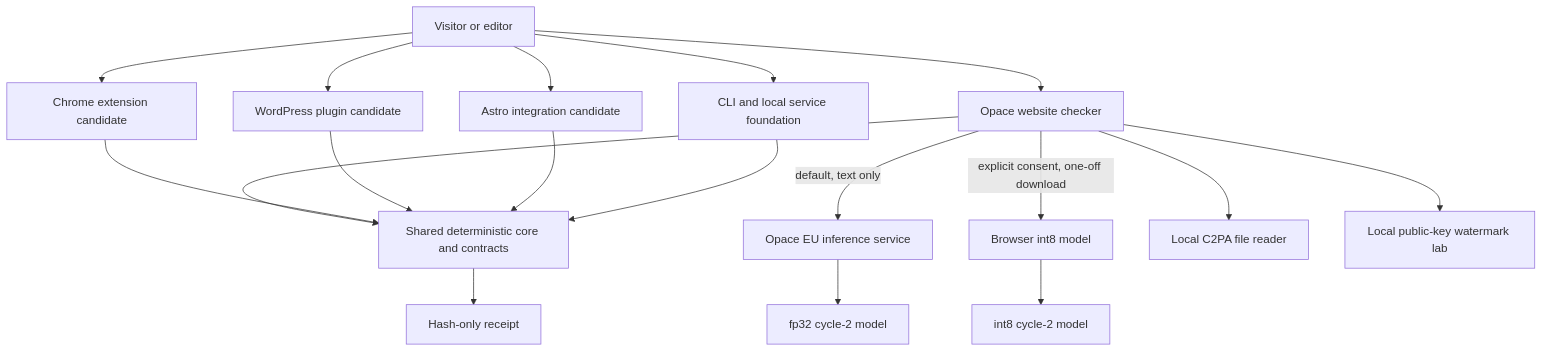
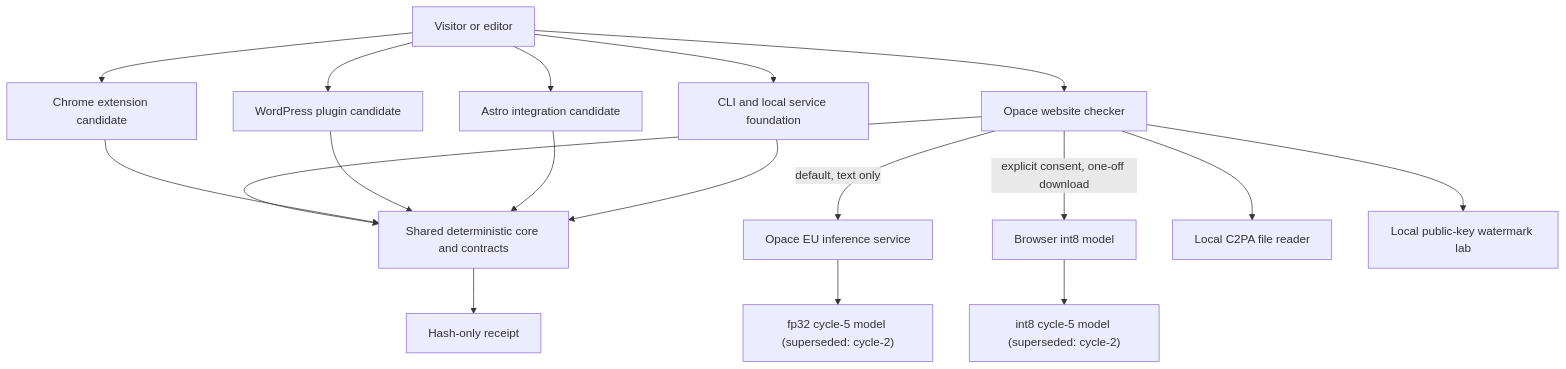
The second of 6 diagrams in docs/AI-CONTENT-INTEGRITY-TECHNICAL-ARCHITECTURE.md (OpaceDigitalAgency/opace-ai-content-checker-detector), drawn with Mermaid before and after one commit. The commit also changed other lines of this file and 67 other files, not shown here.

````diff
--- a/docs/AI-CONTENT-INTEGRITY-TECHNICAL-ARCHITECTURE.md
+++ b/docs/AI-CONTENT-INTEGRITY-TECHNICAL-ARCHITECTURE.md
@@ -145,23 +152,23 @@
 ```mermaid
 flowchart TB
     U["Visitor or editor"] --> W["Opace website checker"]
     U --> C["Chrome extension candidate"]
     U --> WP["WordPress plugin candidate"]
     U --> A["Astro integration candidate"]
     U --> CLI["CLI and local service foundation"]
 
     W --> CORE["Shared deterministic core and contracts"]
     C --> CORE
     WP --> CORE
     A --> CORE
     CLI --> CORE
 
     W -->|"default, text only"| EU["Opace EU inference service"]
     W -->|"explicit consent, one-off download"| BM["Browser int8 model"]
-    EU --> FM["fp32 cycle-2 model"]
-    BM --> IM["int8 cycle-2 model"]
+    EU --> FM["fp32 cycle-5 model (superseded: cycle-2)"]
+    BM --> IM["int8 cycle-5 model (superseded: cycle-2)"]
 
     W --> C2PA["Local C2PA file reader"]
     W --> WM["Local public-key watermark lab"]
     CORE --> R["Hash-only receipt"]
 ```
````
